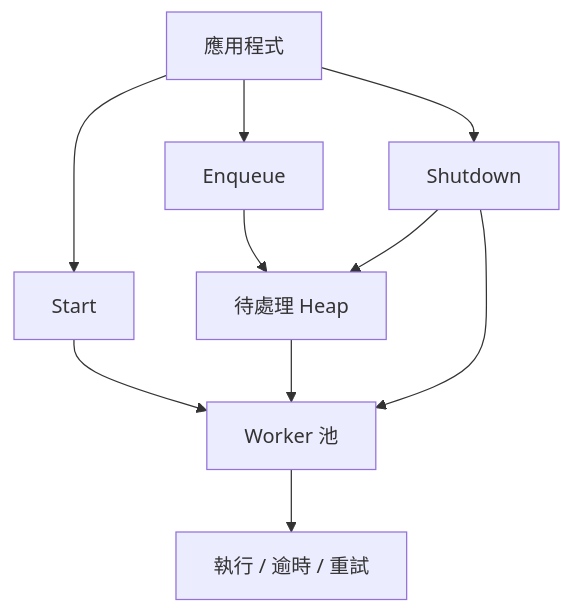
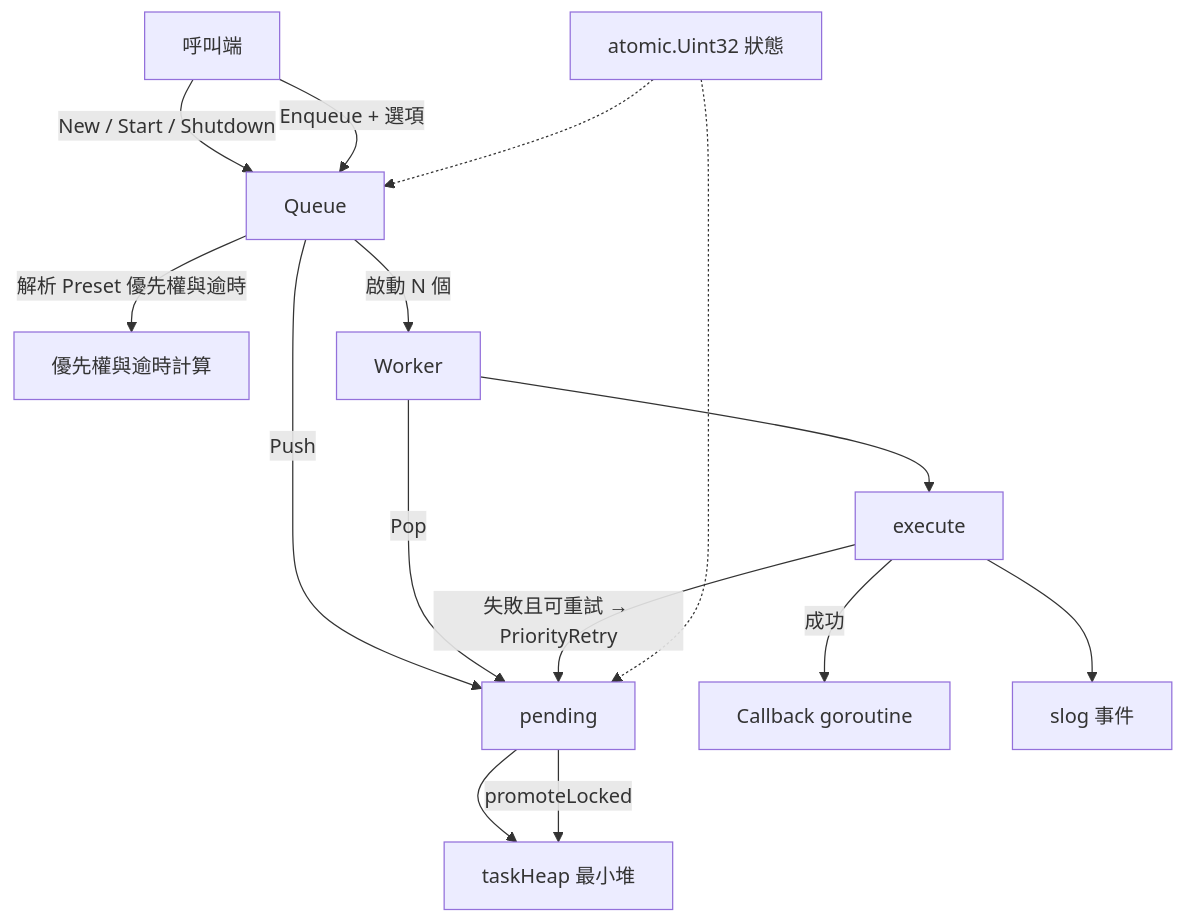
The first of 9 diagrams in doc/architecture.zh.md (pardnchiu/go-queue), drawn with Mermaid before and after one commit. The commit also changed other lines of this file and 7 other files, not shown here.

Commit message:
doc: Regenerate bilingual README, usage docs, and architecture for core package

````diff
--- a/doc/architecture.zh.md
+++ b/doc/architecture.zh.md
@@ -7,12 +7,17 @@
 ```mermaid
 graph TB
-    App[應用程式] --> Enqueue[Enqueue]
-    App --> Start[Start]
-    App --> Shutdown[Shutdown]
-    Enqueue --> Pending[待處理 Heap]
-    Start --> Workers[Worker 池]
-    Pending --> Workers
-    Workers --> Execute[執行 / 逾時 / 重試]
-    Shutdown --> Pending
-    Shutdown --> Workers
+    C[呼叫端] -->|New / Start / Shutdown| Q[Queue]
+    C -->|Enqueue + 選項| Q
+    Q -->|解析 Preset 優先權與逾時| PR[優先權與逾時計算]
+    Q -->|Push| P[pending]
+    P --> H[taskHeap 最小堆]
+    P -->|promoteLocked| H
+    Q -->|啟動 N 個| W[Worker]
+    W -->|Pop| P
+    W --> E[execute]
+    E -->|失敗且可重試 → PriorityRetry| P
+    E -->|成功| CB[Callback goroutine]
+    E --> L[slog 事件]
+    S[atomic.Uint32 狀態] -.-> Q
+    S -.-> P
 ```
````
